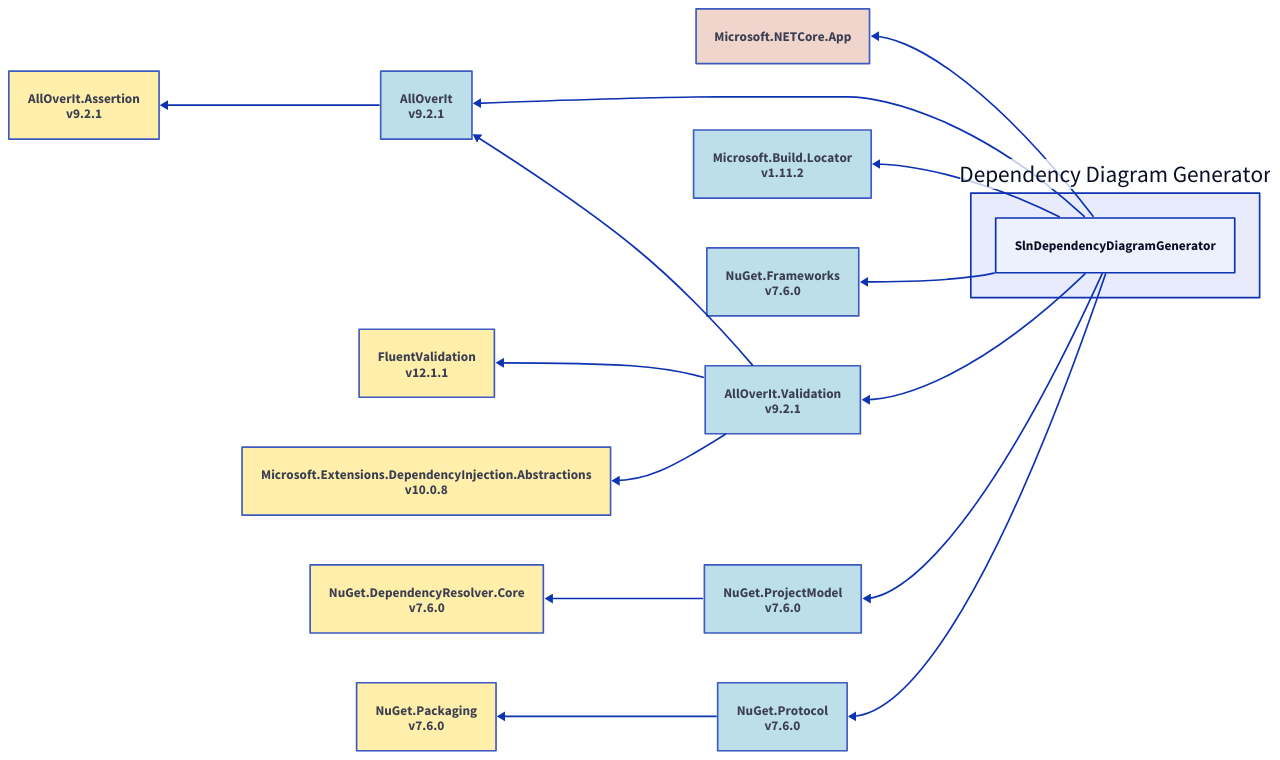
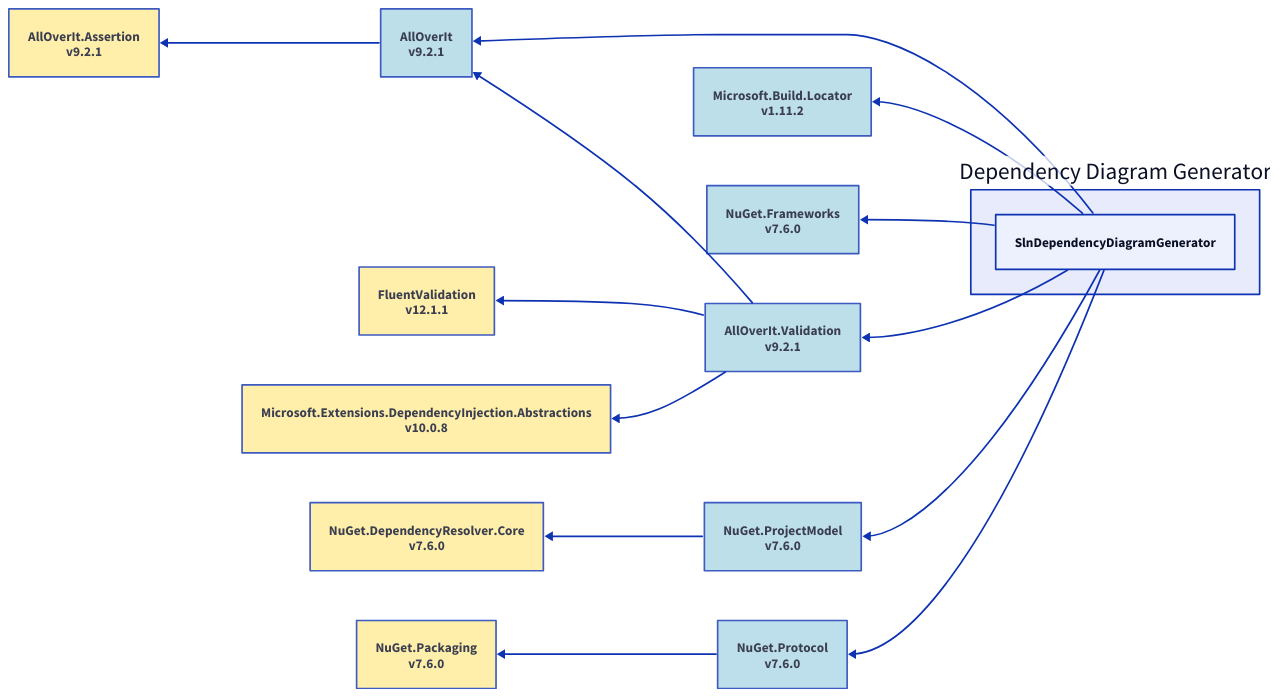
The diagram in Samples/Output/net9.0/d2/dependency diagram generator-all.d2 (mjfreelancing/SlnDependencyDiagramGenerator), drawn with D2 before and after one commit. The commit also changed 73 other files, not shown here.

```diff
--- a/Samples/Output/net9.0/d2/dependency diagram generator-all.d2
+++ b/Samples/Output/net9.0/d2/dependency diagram generator-all.d2
@@ -1,55 +1,51 @@
 direction: left
 
 ddg: Dependency Diagram Generator
 ddg.slndependencydiagramgenerator: SlnDependencyDiagramGenerator
-microsoft-netcore-app: Microsoft.NETCore.App
 alloverit_9-2-1: AllOverIt\nv9.2.1
 alloverit-assertion_9-2-1: AllOverIt.Assertion\nv9.2.1
 alloverit-validation_9-2-1: AllOverIt.Validation\nv9.2.1
 fluentvalidation_12-1-1: FluentValidation\nv12.1.1
 microsoft-extensions-dependencyinjection-abstractions_10-0-8: Microsoft.Extensions.DependencyInjection.Abstractions\nv10.0.8
 microsoft-build-locator_1-11-2: Microsoft.Build.Locator\nv1.11.2
 nuget-frameworks_7-6-0: NuGet.Frameworks\nv7.6.0
 nuget-projectmodel_7-6-0: NuGet.ProjectModel\nv7.6.0
 nuget-dependencyresolver-core_7-6-0: NuGet.DependencyResolver.Core\nv7.6.0
 nuget-protocol_7-6-0: NuGet.Protocol\nv7.6.0
 nuget-packaging_7-6-0: NuGet.Packaging\nv7.6.0
-microsoft-netcore-app <- ddg.slndependencydiagramgenerator
 alloverit_9-2-1 <- ddg.slndependencydiagramgenerator
 alloverit-assertion_9-2-1 <- alloverit_9-2-1
 alloverit-validation_9-2-1 <- ddg.slndependencydiagramgenerator
 alloverit_9-2-1 <- alloverit-validation_9-2-1
 fluentvalidation_12-1-1 <- alloverit-validation_9-2-1
 microsoft-extensions-dependencyinjection-abstractions_10-0-8 <- alloverit-validation_9-2-1
 microsoft-build-locator_1-11-2 <- ddg.slndependencydiagramgenerator
 nuget-frameworks_7-6-0 <- ddg.slndependencydiagramgenerator
 nuget-projectmodel_7-6-0 <- ddg.slndependencydiagramgenerator
 nuget-dependencyresolver-core_7-6-0 <- nuget-projectmodel_7-6-0
 nuget-protocol_7-6-0 <- ddg.slndependencydiagramgenerator
 nuget-packaging_7-6-0 <- nuget-protocol_7-6-0
-microsoft-netcore-app.style.fill: "#ECCBC0"
-microsoft-netcore-app.style.opacity: 0.8
 alloverit_9-2-1.style.fill: "#ADD8E6"
 alloverit_9-2-1.style.opacity: 0.8
 alloverit-assertion_9-2-1.style.fill: "#FFEC96"
 alloverit-assertion_9-2-1.style.opacity: 0.8
 alloverit-validation_9-2-1.style.fill: "#ADD8E6"
 alloverit-validation_9-2-1.style.opacity: 0.8
 fluentvalidation_12-1-1.style.fill: "#FFEC96"
 fluentvalidation_12-1-1.style.opacity: 0.8
 microsoft-extensions-dependencyinjection-abstractions_10-0-8.style.fill: "#FFEC96"
 microsoft-extensions-dependencyinjection-abstractions_10-0-8.style.opacity: 0.8
 microsoft-build-locator_1-11-2.style.fill: "#ADD8E6"
 microsoft-build-locator_1-11-2.style.opacity: 0.8
 nuget-frameworks_7-6-0.style.fill: "#ADD8E6"
 nuget-frameworks_7-6-0.style.opacity: 0.8
 nuget-projectmodel_7-6-0.style.fill: "#ADD8E6"
 nuget-projectmodel_7-6-0.style.opacity: 0.8
 nuget-dependencyresolver-core_7-6-0.style.fill: "#FFEC96"
 nuget-dependencyresolver-core_7-6-0.style.opacity: 0.8
 nuget-protocol_7-6-0.style.fill: "#ADD8E6"
 nuget-protocol_7-6-0.style.opacity: 0.8
 nuget-packaging_7-6-0.style.fill: "#FFEC96"
 nuget-packaging_7-6-0.style.opacity: 0.8
 ddg.style.fill: "#E7EBFC"
 ddg.style.opacity: 1
```
